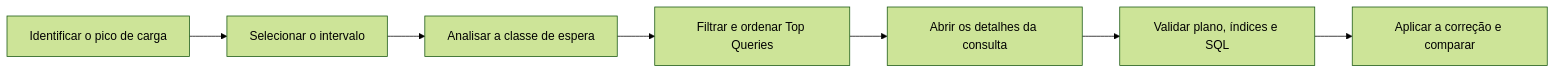
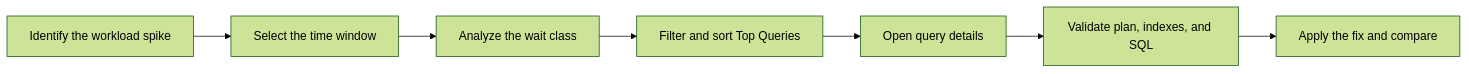
Before and after one commit to costacristiano-lang/PostgreSQL-Query-Insights-OCI: the diagram in README.md, drawn with Mermaid (forest theme). The commit also changed other lines of this file and 1 other file, not shown here.

````diff
--- a/README.md
+++ b/README.md
@@ -99,9 +101,9 @@
 ```mermaid
 flowchart LR
-    A["Identificar o pico de carga"] --> B["Selecionar o intervalo"]
-    B --> C["Analisar a classe de espera"]
-    C --> D["Filtrar e ordenar Top Queries"]
-    D --> E["Abrir os detalhes da consulta"]
-    E --> F["Validar plano, índices e SQL"]
-    F --> G["Aplicar a correção e comparar"]
+    A["Identify the workload spike"] --> B["Select the time window"]
+    B --> C["Analyze the wait class"]
+    C --> D["Filter and sort Top Queries"]
+    D --> E["Open query details"]
+    E --> F["Validate plan, indexes, and SQL"]
+    F --> G["Apply the fix and compare"]
 ```
````
